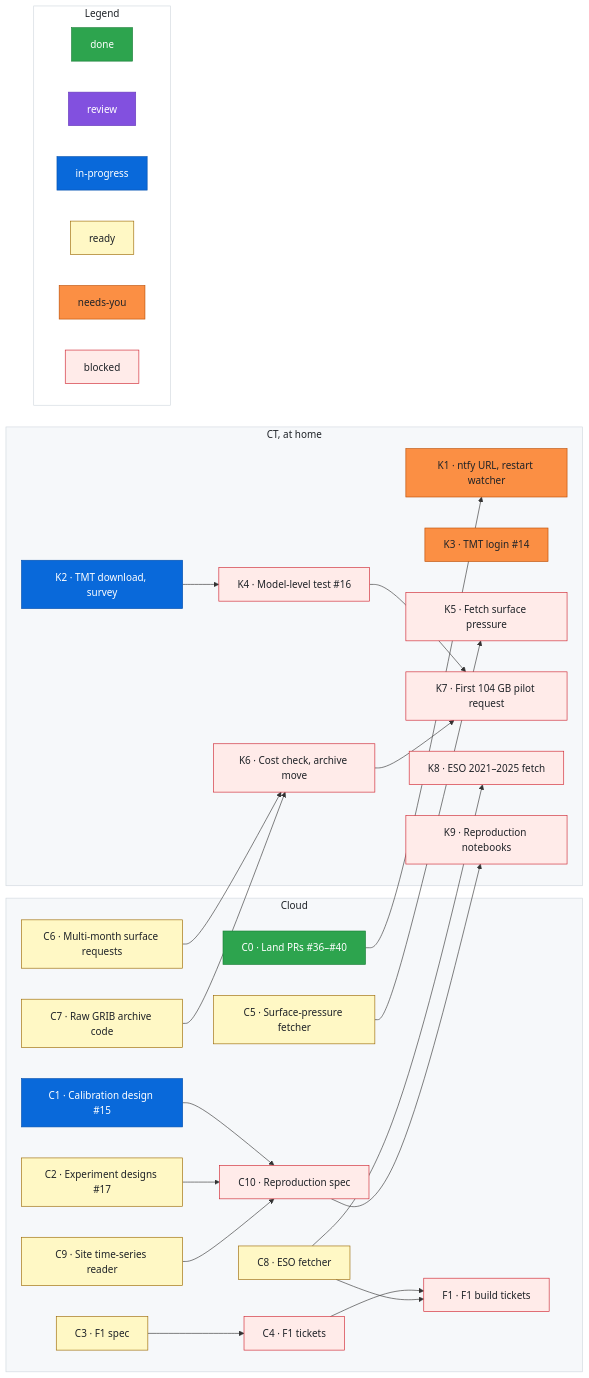
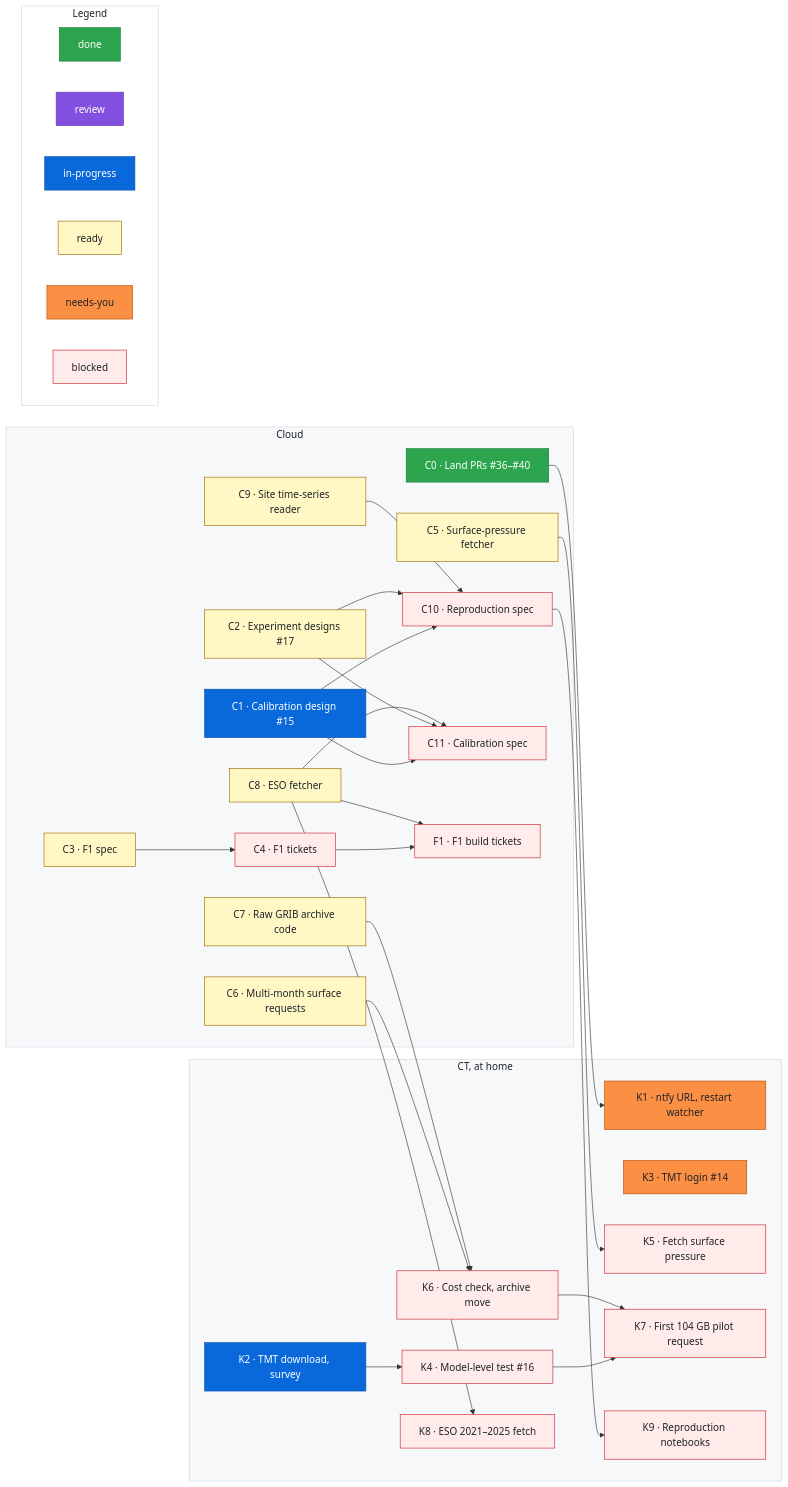
The diagram in docs/roadmap.md (rrweller/Astro-seeing), drawn with Mermaid before and after one commit. The commit also changed other lines of this file and 3 other files, not shown here.

First line of the commit message:
D58: calibration design (ticket #15); glossary terms; roadmap item C11

```diff
--- a/docs/roadmap.md
+++ b/docs/roadmap.md
@@ -78,6 +80,7 @@
     C8["C8 · ESO fetcher"]
     C9["C9 · Site time-series reader"]
     C10["C10 · Reproduction spec"]
+    C11["C11 · Calibration spec"]
     F1["F1 · F1 build tickets"]
   end
   subgraph ct["CT, at home"]
@@ -96,6 +99,9 @@
   C1 --> C10
   C2 --> C10
   C9 --> C10
+  C1 --> C11
+  C2 --> C11
+  C8 --> C11
   C0 --> K1
   K2 --> K4 --> K7
   C5 --> K5
@@ -144,6 +150,8 @@
   %% ---
   class C10 blocked
   %% ---
+  class C11 blocked
+  %% ---
   class F1 blocked
   %% ---
   class K1 needsyou
```
